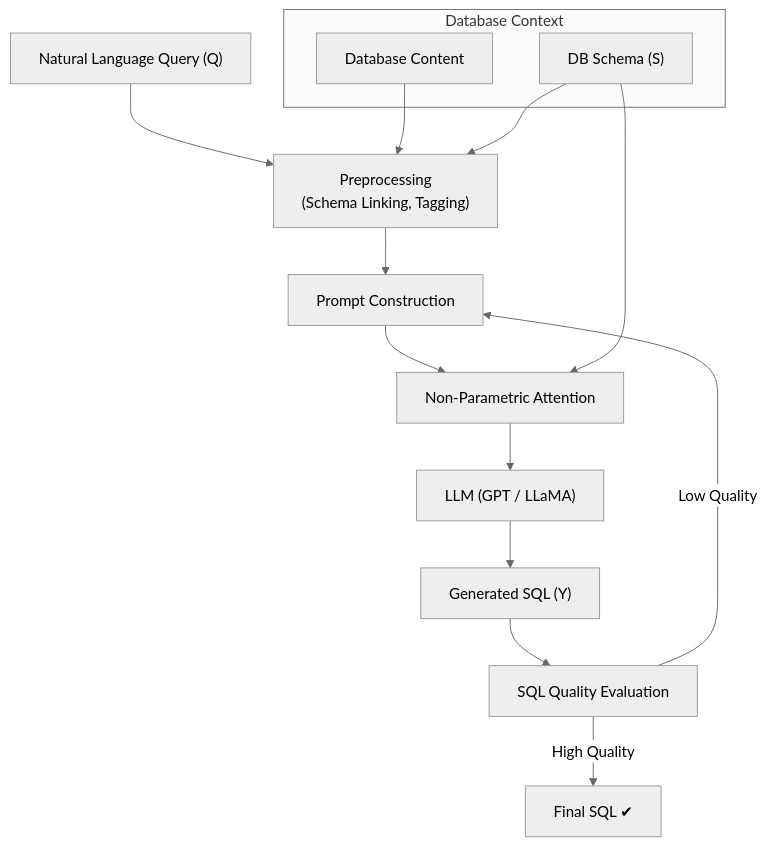
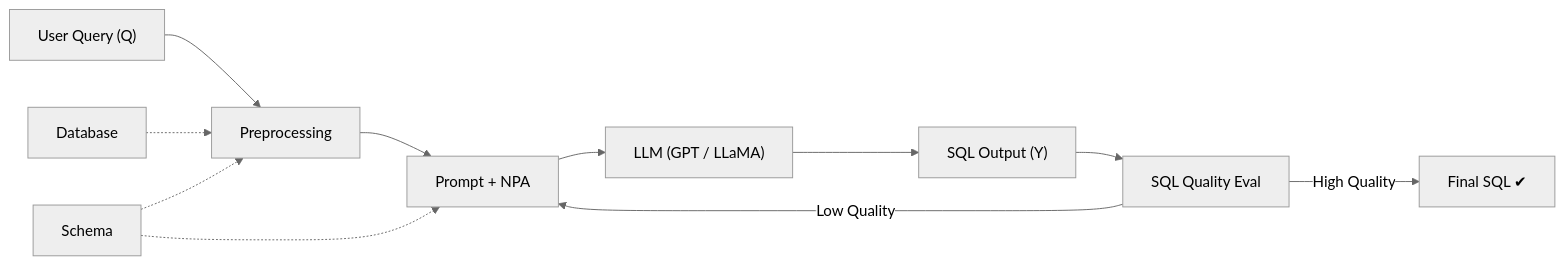
One commit to shovon095/nl2sql-attention-validator changed the diagram in Readme.md. Above: the diagram before and after it, drawn with Mermaid (neutral theme).

````diff
--- a/Readme.md
+++ b/Readme.md
@@ -20,23 +22,16 @@
 ```mermaid
-flowchart TD
-  Q["Natural Language Query (Q)"]
-  Q --> PRE["Preprocessing\n(Schema Linking, Tagging)"]
-  PRE --> PR["Prompt Construction"]
-  PR --> NPA["Non-Parametric Attention"]
-  NPA --> LLM["LLM (GPT / LLaMA)"]
-  LLM --> SQL["Generated SQL (Y)"]
-  SQL --> EV["SQL Quality Evaluation"]
+flowchart LR
+  Q["User Query (Q)"] --> PRE["Preprocessing"]
+  PRE --> PR["Prompt + NPA"]
+  PR --> LLM["LLM (GPT / LLaMA)"]
+  LLM --> SQL["SQL Output (Y)"]
+  SQL --> EV["SQL Quality Eval"]
+  EV -->|Low Quality| PR
+  EV -->|High Quality| FINAL["Final SQL ✔"]
 
-  EV -->|Low Quality| PR
-  EV -->|High Quality| OUT["Final SQL ✔"]
+  DB[Database] -.-> PRE
+  SCHEMA[Schema] -.-> PRE
+  SCHEMA -.-> PR
 
-  subgraph DBInfo["Database Context"]
-    DB["Database Content"]
-    SCHEMA["DB Schema (S)"]
-  end
-
-  DB --> PRE
-  SCHEMA --> PRE
-  SCHEMA --> NPA
 
 ```
````
